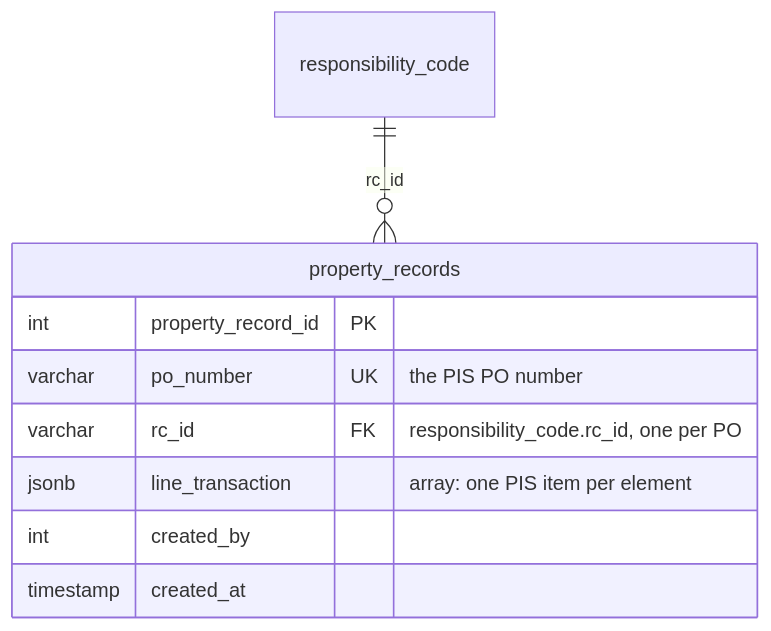
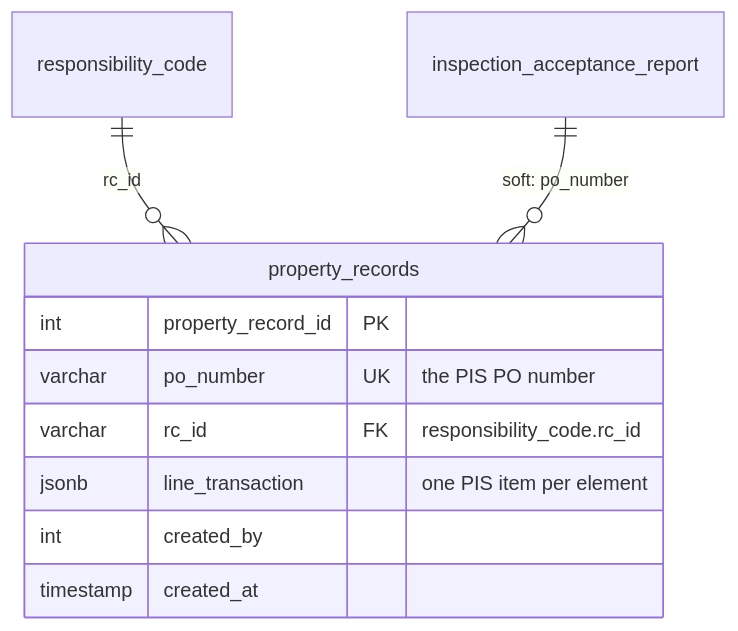
Before and after one commit to A-team-ITBS/fims-nha: diagram 34 of 36 in system_docs/ERD/README.md, drawn with Mermaid. The commit also changed other lines of this file and 2 other files, not shown here.

First line of the commit message:
Add comprehensive process flow documentation for FIMS NHA system

````diff
--- a/system_docs/ERD/README.md
+++ b/system_docs/ERD/README.md
@@ -300,12 +2064,13 @@
 ```mermaid
 erDiagram
     property_records {
         int property_record_id PK
         varchar po_number UK "the PIS PO number"
-        varchar rc_id FK "responsibility_code.rc_id, one per PO"
-        jsonb line_transaction "array: one PIS item per element"
+        varchar rc_id FK "responsibility_code.rc_id"
+        jsonb line_transaction "one PIS item per element"
         int created_by
         timestamp created_at
     }
     responsibility_code ||--o{ property_records : "rc_id"
+    inspection_acceptance_report ||--o{ property_records : "soft: po_number"
 ```
````
